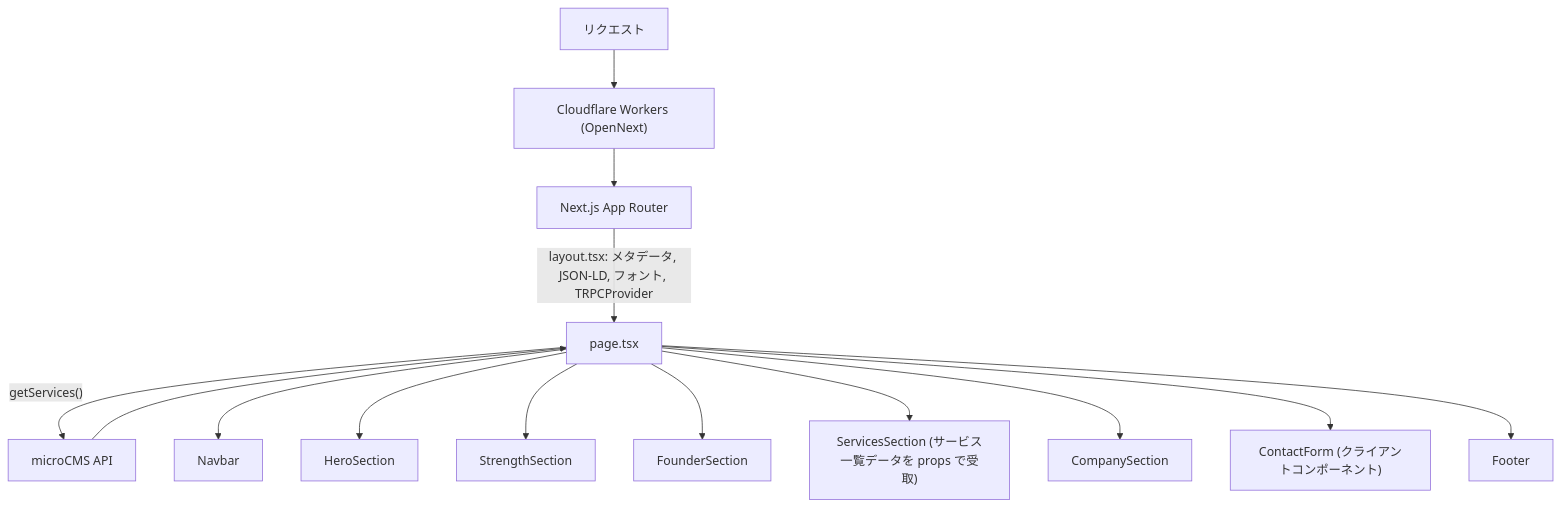
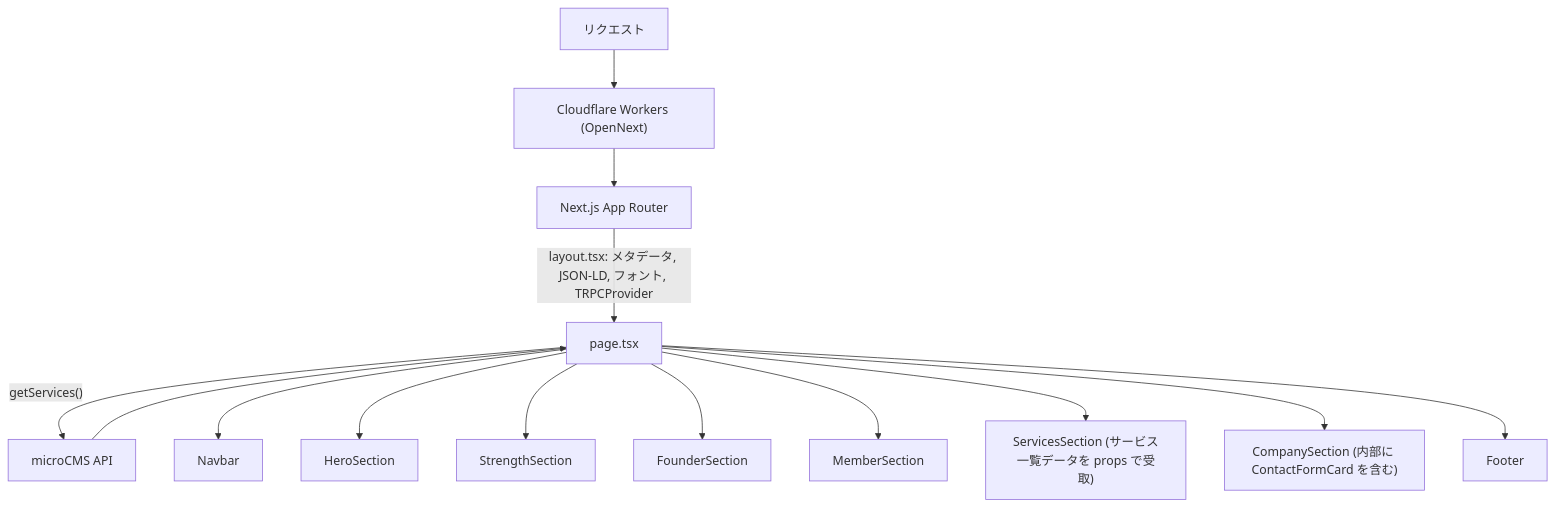
The third of 5 diagrams in docs/architecture.md (Nudel-LLC/website), drawn with Mermaid before and after one commit. The commit also changed other lines of this file, not shown here.

First line of the commit message:
docs: architecture.md のコンポーネント構成とデータフロー図を実装に合わせて修正

````diff
--- a/docs/architecture.md
+++ b/docs/architecture.md
@@ -97,16 +97,16 @@
 ```mermaid
 graph TD
     A["リクエスト"] --> B["Cloudflare Workers (OpenNext)"]
     B --> C["Next.js App Router"]
     C -->|"layout.tsx: メタデータ, JSON-LD, フォント, TRPCProvider"| D["page.tsx"]
     D -->|"getServices()"| MC["microCMS API"]
     MC --> D
     D --> E["Navbar"]
     D --> F["HeroSection"]
     D --> G["StrengthSection"]
     D --> H["FounderSection"]
-    D --> I["ServicesSection (サービス一覧データを props で受取)"]
-    D --> J["CompanySection"]
-    D --> K["ContactForm (クライアントコンポーネント)"]
+    D --> I["MemberSection"]
+    D --> J["ServicesSection (サービス一覧データを props で受取)"]
+    D --> K["CompanySection (内部に ContactFormCard を含む)"]
     D --> L["Footer"]
 ```
````
